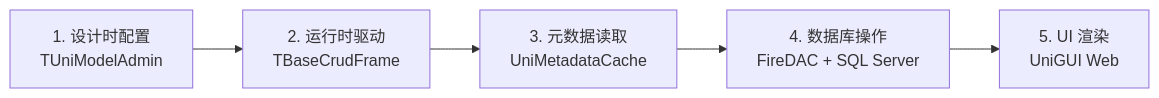
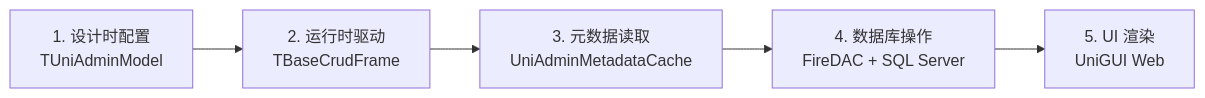
The second of 2 diagrams in CLAUDE.md (elvis-shi-Canada/unigui-admin), drawn with Mermaid before and after one commit. The commit also changed other lines of this file and 18 other files, not shown here.

````diff
--- a/CLAUDE.md
+++ b/CLAUDE.md
@@ -93,7 +93,7 @@
 ```mermaid
 flowchart LR
-    A["1. 设计时配置<br/>TUniModelAdmin"] --> B["2. 运行时驱动<br/>TBaseCrudFrame"]
-    B --> C["3. 元数据读取<br/>UniMetadataCache"]
+    A["1. 设计时配置<br/>TUniAdminModel"] --> B["2. 运行时驱动<br/>TBaseCrudFrame"]
+    B --> C["3. 元数据读取<br/>UniAdminMetadataCache"]
     C --> D["4. 数据库操作<br/>FireDAC + SQL Server"]
     D --> E["5. UI 渲染<br/>UniGUI Web"]
 ```
````
